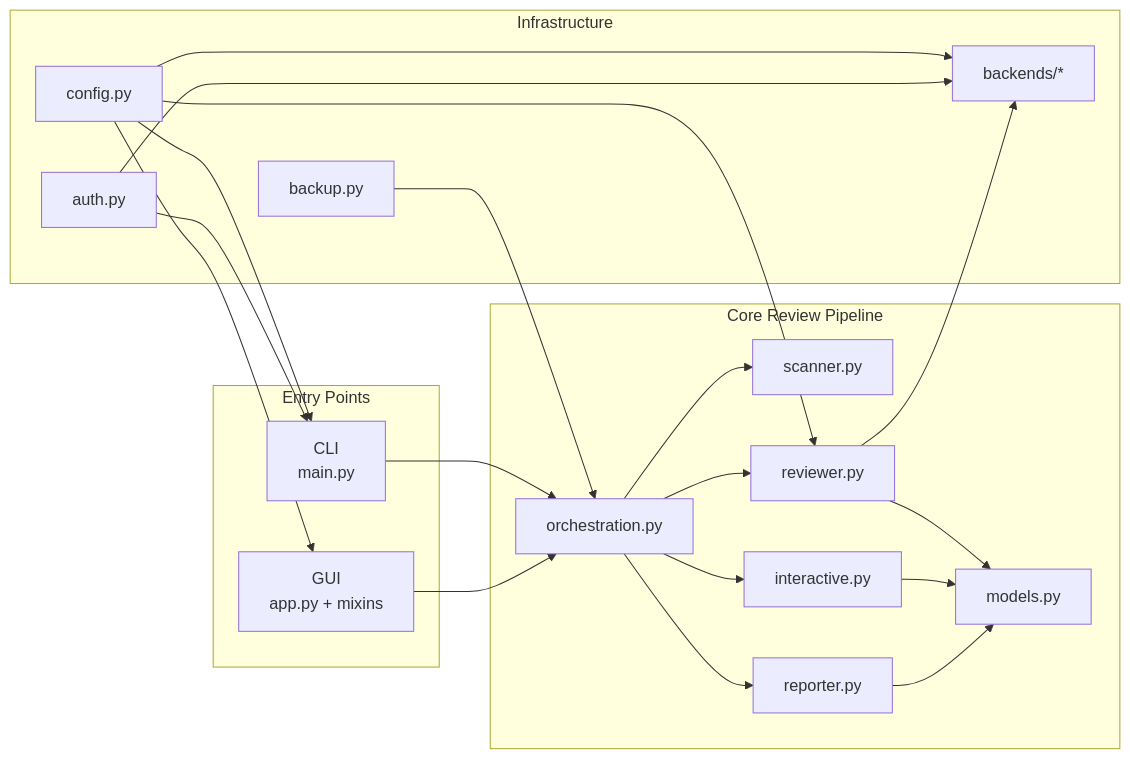
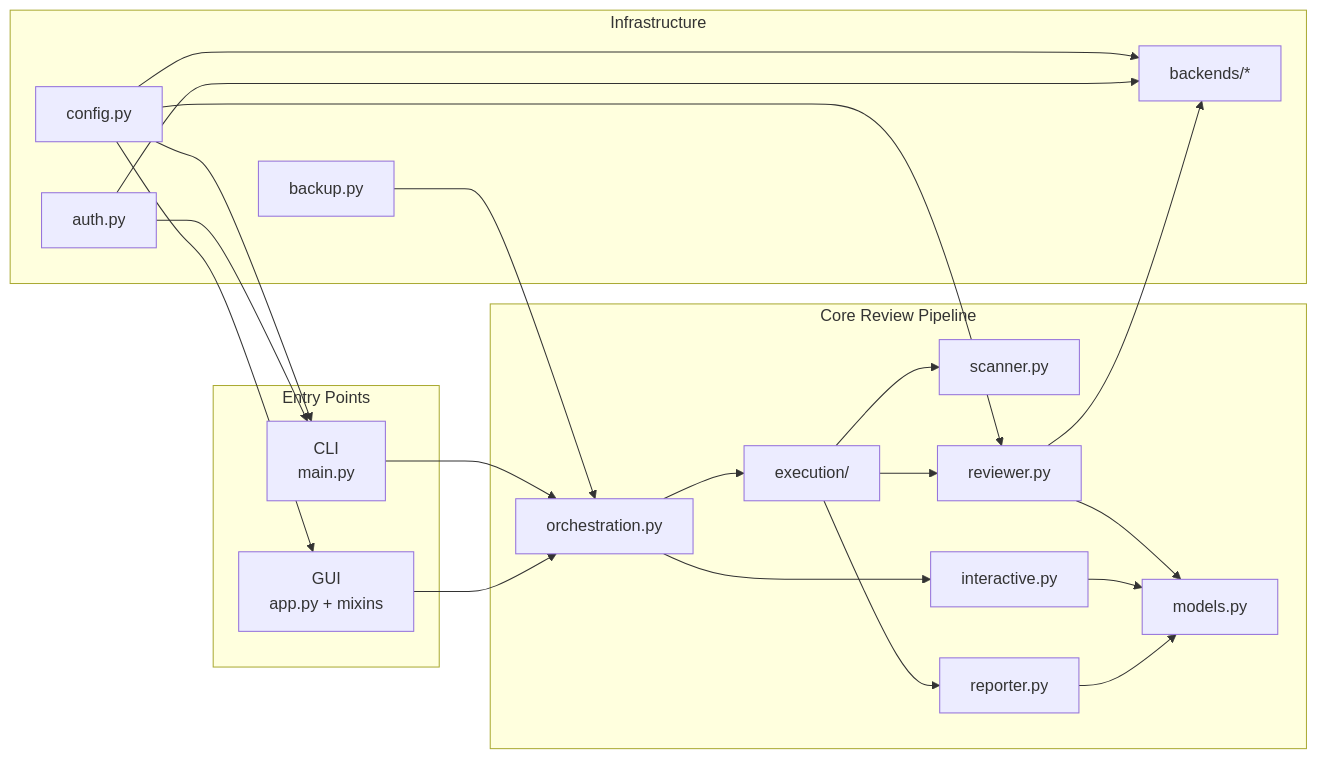
One commit to gallaway-jp/AICodeReviewer changed the second of 5 diagrams in docs/architecture.md. Above: the diagram before and after it, drawn with Mermaid. The commit also changed other lines of this file and 125 other files, not shown here.

````diff
--- a/docs/architecture.md
+++ b/docs/architecture.md
@@ -34,41 +41,43 @@
 ```mermaid
 flowchart LR
 	subgraph Entry[Entry Points]
 		CLI[CLI\nmain.py]
 		GUI[GUI\napp.py + mixins]
 	end
 
 	subgraph Core[Core Review Pipeline]
 		SCAN[scanner.py]
 		ORCH[orchestration.py]
+		EXEC[execution/]
 		REVIEW[reviewer.py]
 		INTERACTIVE[interactive.py]
 		REPORT[reporter.py]
 		MODELS[models.py]
 	end
 
 	subgraph Infra[Infrastructure]
 		CONFIG[config.py]
 		BACKENDS[backends/*]
 		AUTH[auth.py]
 		BACKUP[backup.py]
 	end
 
 	CLI --> ORCH
 	GUI --> ORCH
-	ORCH --> SCAN
-	ORCH --> REVIEW
+	ORCH --> EXEC
+	EXEC --> SCAN
+	EXEC --> REVIEW
 	REVIEW --> BACKENDS
 	REVIEW --> MODELS
 	INTERACTIVE --> MODELS
 	ORCH --> INTERACTIVE
-	ORCH --> REPORT
+	EXEC --> REPORT
 	REPORT --> MODELS
 	CONFIG --> CLI
 	CONFIG --> GUI
 	CONFIG --> BACKENDS
 	CONFIG --> REVIEW
 	AUTH --> CLI
 	AUTH --> BACKENDS
 	BACKUP --> ORCH
 ```
````
